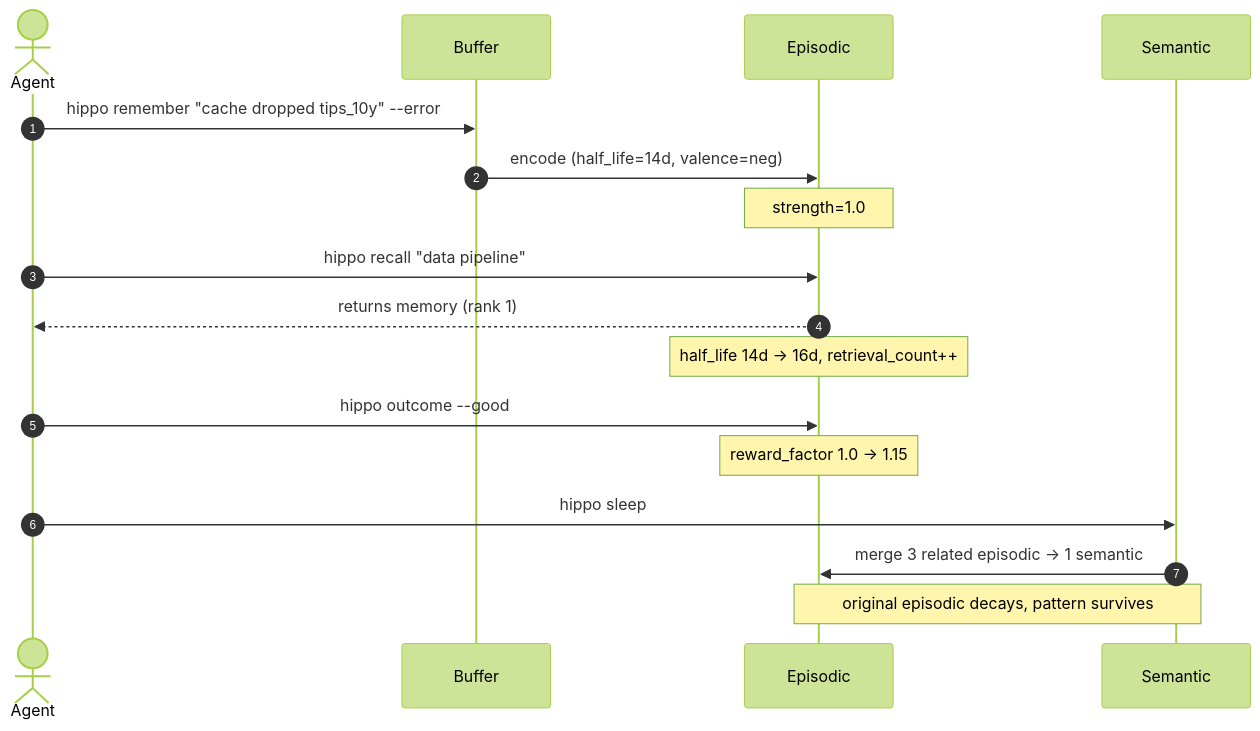
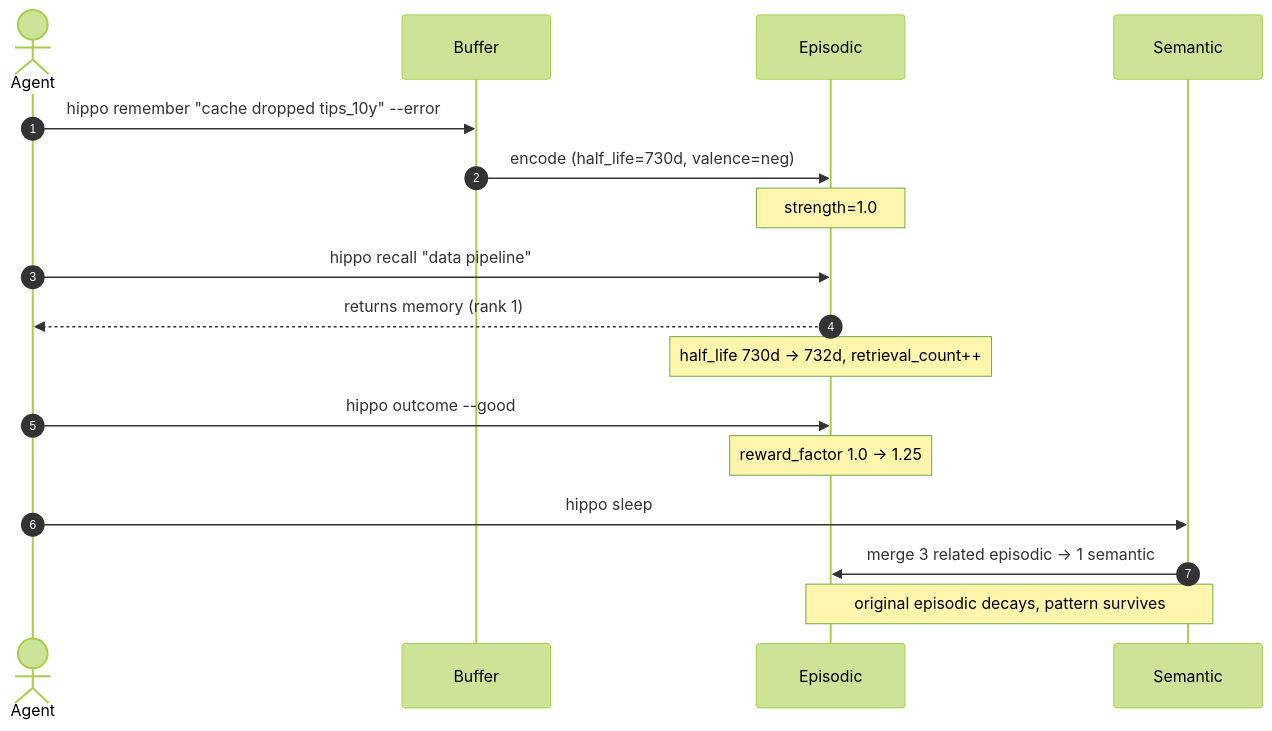
The second of 2 diagrams in data/readmes/kitfunso__hippo-memory.md (zqf20096327/dbhub_collect), drawn with Mermaid (forest theme) before and after one commit. The commit also changed other lines of this file and 1757 other files, not shown here.

````diff
--- a/data/readmes/kitfunso__hippo-memory.md
+++ b/data/readmes/kitfunso__hippo-memory.md
@@ -284,19 +297,19 @@
 ```mermaid
 sequenceDiagram
     autonumber
     actor Agent
     participant B as Buffer
     participant E as Episodic
     participant S as Semantic
     Agent->>B: hippo remember "cache dropped tips_10y" --error
-    B->>E: encode (half_life=14d, valence=neg)
+    B->>E: encode (half_life=730d, valence=neg)
     Note over E: strength=1.0
     Agent->>E: hippo recall "data pipeline"
     E-->>Agent: returns memory (rank 1)
-    Note over E: half_life 14d → 16d, retrieval_count++
+    Note over E: half_life 730d → 732d, retrieval_count++
     Agent->>E: hippo outcome --good
-    Note over E: reward_factor 1.0 → 1.15
+    Note over E: reward_factor 1.0 → 1.25
     Agent->>S: hippo sleep
     S->>E: merge 3 related episodic → 1 semantic
     Note over E,S: original episodic decays, pattern survives
 ```
````
